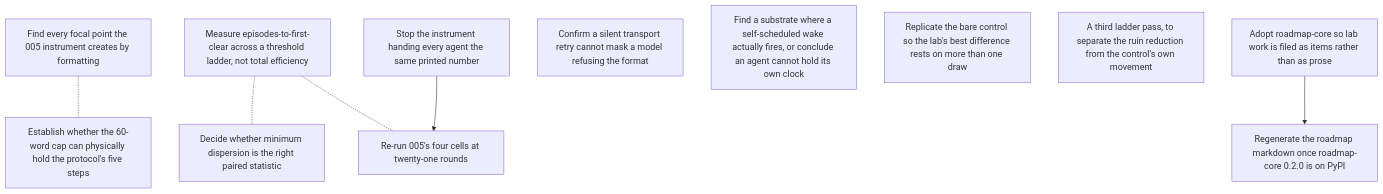
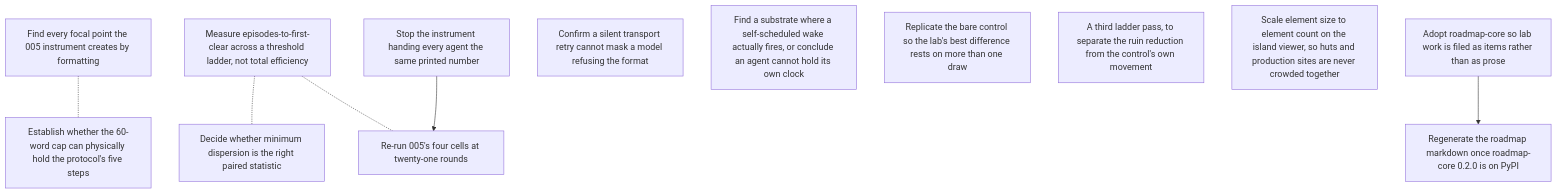
The diagram in roadmap/ROADMAP.md (gald33/ai-lab), drawn with Mermaid before and after one commit. The commit also changed other lines of this file and 3 other files, not shown here.

First line of the commit message:
Add roadmap item: scale island element size to element count

````diff
--- a/roadmap/ROADMAP.md
+++ b/roadmap/ROADMAP.md
@@ -42,20 +43,21 @@
 ```mermaid
 graph TD
   005_display_precision_artifact["Find every focal point the 005 instrument creates by formatting"]
   005_episodes_to_threshold["Measure episodes-to-first-clear across a threshold ladder, not total efficiency"]
   005_paired_statistic_choice["Decide whether minimum dispersion is the right paired statistic"]
   005_render_precision_fix["Stop the instrument handing every agent the same printed number"]
   005_rerun_at_twenty_one_rounds["Re-run 005's four cells at twenty-one rounds"]
   005_transport_retry_audit["Confirm a silent transport retry cannot mask a model refusing the format"]
   005_word_cap_fits_the_protocol["Establish whether the 60-word cap can physically hold the protocol's five steps"]
   006_standby_alarm_has_never_rung["Find a substrate where a self-scheduled wake actually fires, or conclude an agent cannot hold its own clock"]
   007_replicate_the_control["Replicate the bare control so the lab's best difference rests on more than one draw"]
   007_third_pass_on_ruin["A third ladder pass, to separate the ruin reduction from the control's own movement"]
+  island_viewer_density_scaled_spacing["Scale element size to element count on the island viewer, so huts and production sites are never crowded together"]
   lab_roadmap_adoption["Adopt roadmap-core so lab work is filed as items rather than as prose"]
   lab_roadmap_core_0_2_0["Regenerate the roadmap markdown once roadmap-core 0.2.0 is on PyPI"]
   005_render_precision_fix --> 005_rerun_at_twenty_one_rounds
   lab_roadmap_adoption --> lab_roadmap_core_0_2_0
   005_display_precision_artifact -.- 005_word_cap_fits_the_protocol
   005_episodes_to_threshold -.- 005_paired_statistic_choice
   005_episodes_to_threshold -.- 005_rerun_at_twenty_one_rounds
 ```
````
